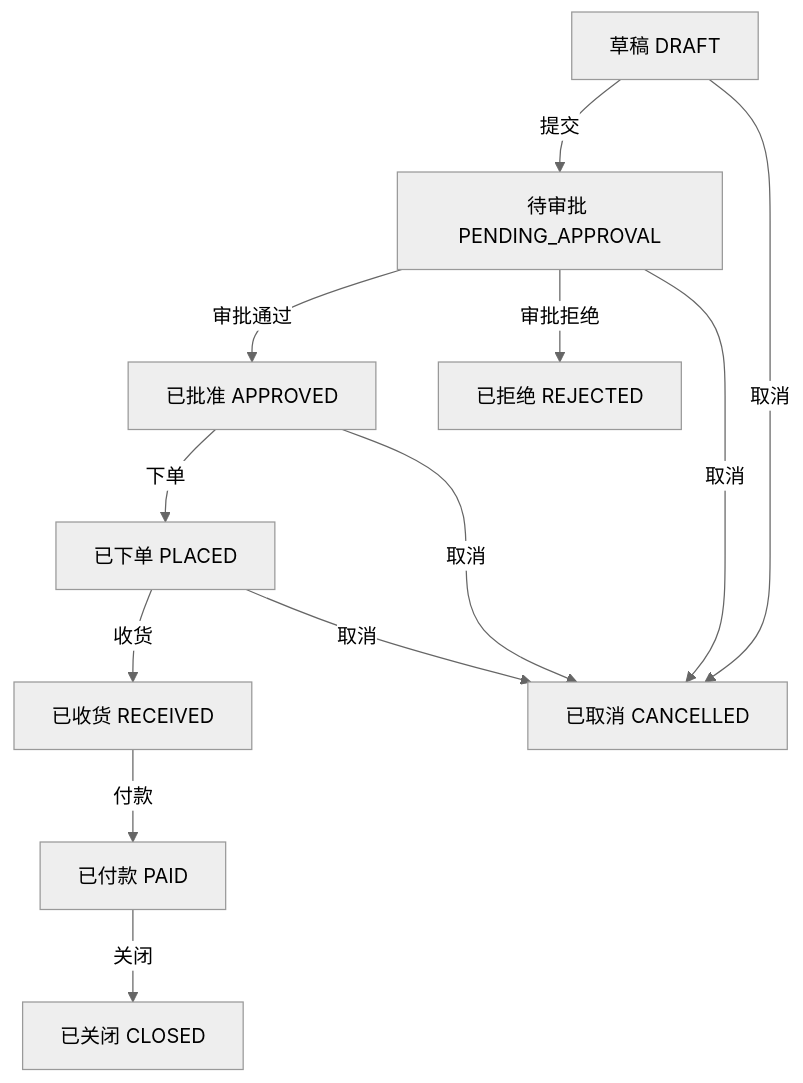
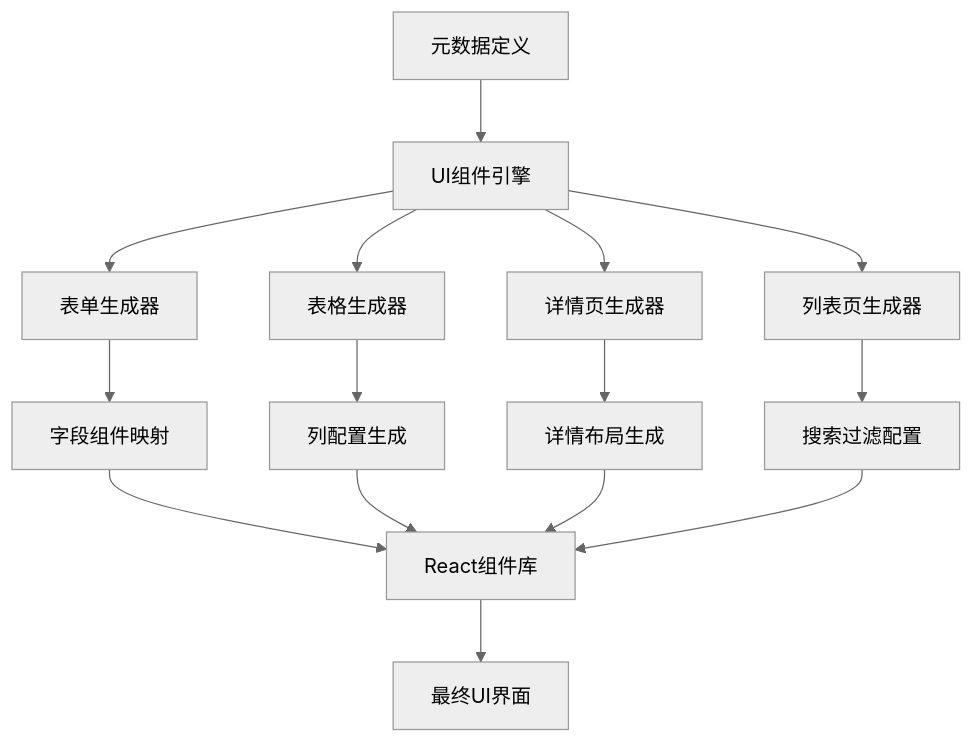
Before and after one commit to trenhui/bone: the second of 2 diagrams in bone-engine/bone-smartmeta/doc/采购核心业务模型与元数据引擎集成设计方案.md, drawn with Mermaid (neutral theme). The commit also changed other lines of this file and 9 other files, not shown here.

````diff
--- a/bone-engine/bone-smartmeta/doc/采购核心业务模型与元数据引擎集成设计方案.md
+++ b/bone-engine/bone-smartmeta/doc/采购核心业务模型与元数据引擎集成设计方案.md
@@ -186,14 +1058,17 @@
 ```mermaid
-graph TD
-    A[草稿 DRAFT] -->|提交| B[待审批 PENDING_APPROVAL]
-    B -->|审批通过| C[已批准 APPROVED]
-    B -->|审批拒绝| D[已拒绝 REJECTED]
-    C -->|下单| E[已下单 PLACED]
-    E -->|收货| F[已收货 RECEIVED]
-    F -->|付款| G[已付款 PAID]
-    G -->|关闭| H[已关闭 CLOSED]
-    A -->|取消| I[已取消 CANCELLED]
-    B -->|取消| I
-    C -->|取消| I
-    E -->|取消| I
+flowchart TD
+    A[元数据定义] --> B[UI组件引擎]
+    B --> C[表单生成器]
+    B --> D[表格生成器]
+    B --> E[详情页生成器]
+    B --> F[列表页生成器]
+    C --> G1[字段组件映射]
+    D --> G2[列配置生成]
+    E --> G3[详情布局生成]
+    F --> G4[搜索过滤配置]
+    G1 --> H[React组件库]
+    G2 --> H
+    G3 --> H
+    G4 --> H
+    H --> I[最终UI界面]
 ```
````
